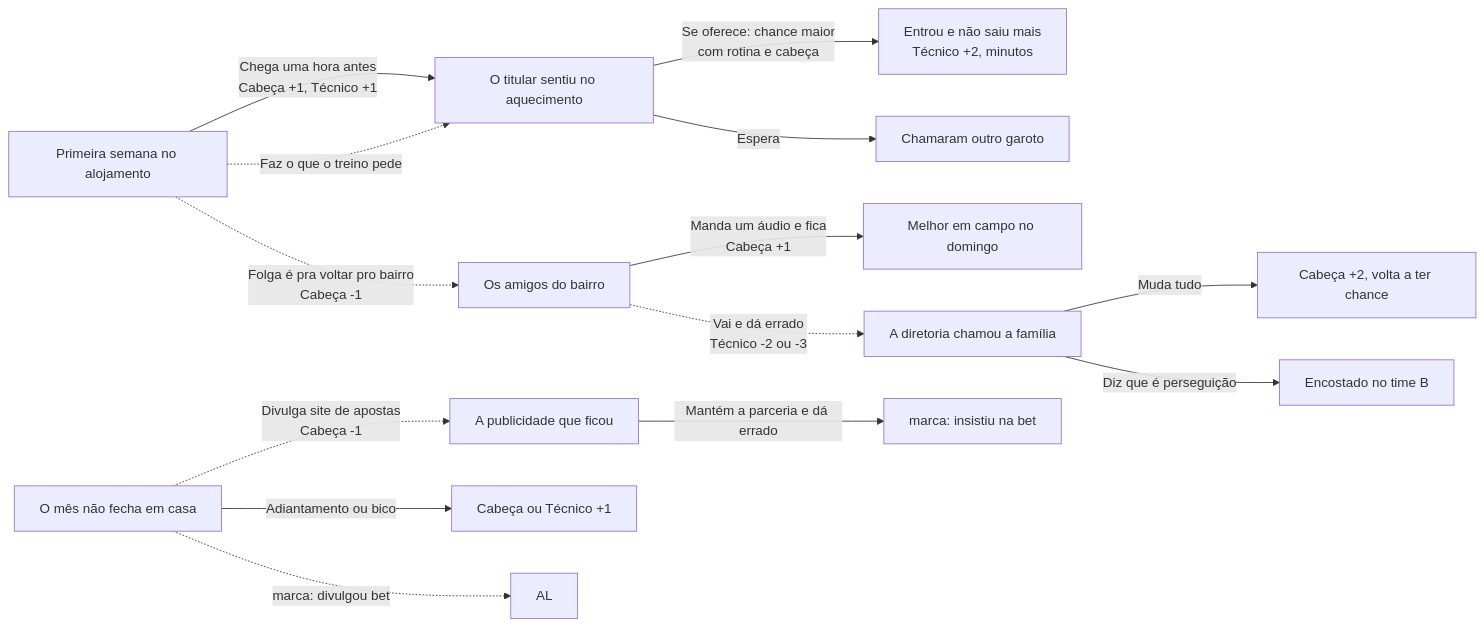
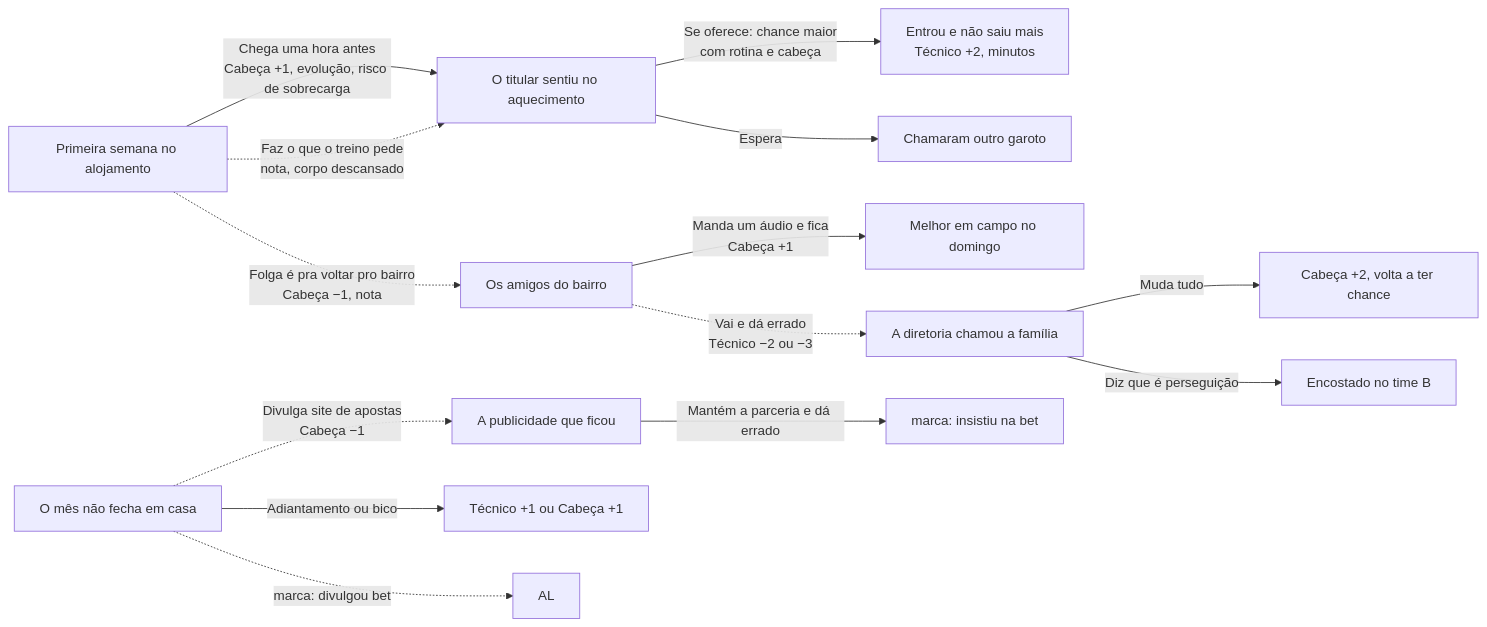
The first of 4 diagrams in docs/prata-da-casa-escolhas.md (temdadoemcasa/temdadoemcasa.github.io), drawn with Mermaid before and after one commit. The commit also changed other lines of this file and 14 other files, not shown here.

````diff
--- a/docs/prata-da-casa-escolhas.md
+++ b/docs/prata-da-casa-escolhas.md
@@ -22,17 +59,17 @@
 ```mermaid
 flowchart LR
-  A[Primeira semana no alojamento] -->|Chega uma hora antes<br/>Cabeça +1, Técnico +1| OP[O titular sentiu no aquecimento]
-  A -.->|Faz o que o treino pede| OP
-  A -.->|Folga é pra voltar pro bairro<br/>Cabeça -1| B[Os amigos do bairro]
+  A[Primeira semana no alojamento] -->|Chega uma hora antes<br/>Cabeça +1, evolução, risco de sobrecarga| OP[O titular sentiu no aquecimento]
+  A -.->|Faz o que o treino pede<br/>nota, corpo descansado| OP
+  A -.->|Folga é pra voltar pro bairro<br/>Cabeça −1, nota| B[Os amigos do bairro]
   OP -->|Se oferece: chance maior<br/>com rotina e cabeça| OK1[Entrou e não saiu mais<br/>Técnico +2, minutos]
   OP -->|Espera| X1[Chamaram outro garoto]
   B -->|Manda um áudio e fica<br/>Cabeça +1| OK2[Melhor em campo no domingo]
-  B -.->|Vai e dá errado<br/>Técnico -2 ou -3| D[A diretoria chamou a família]
+  B -.->|Vai e dá errado<br/>Técnico −2 ou −3| D[A diretoria chamou a família]
   D -->|Muda tudo| OK3[Cabeça +2, volta a ter chance]
   D -->|Diz que é perseguição| X2[Encostado no time B]
 
-  M[O mês não fecha em casa] -.->|Divulga site de apostas<br/>Cabeça -1| P[A publicidade que ficou]
-  M -->|Adiantamento ou bico| OK4[Cabeça ou Técnico +1]
+  M[O mês não fecha em casa] -.->|Divulga site de apostas<br/>Cabeça −1| P[A publicidade que ficou]
+  M -->|Adiantamento ou bico| OK4[Técnico +1 ou Cabeça +1]
   P -->|Mantém a parceria e dá errado| BI[marca: insistiu na bet]
   M -.->|marca: divulgou bet| AL
 ```
````
